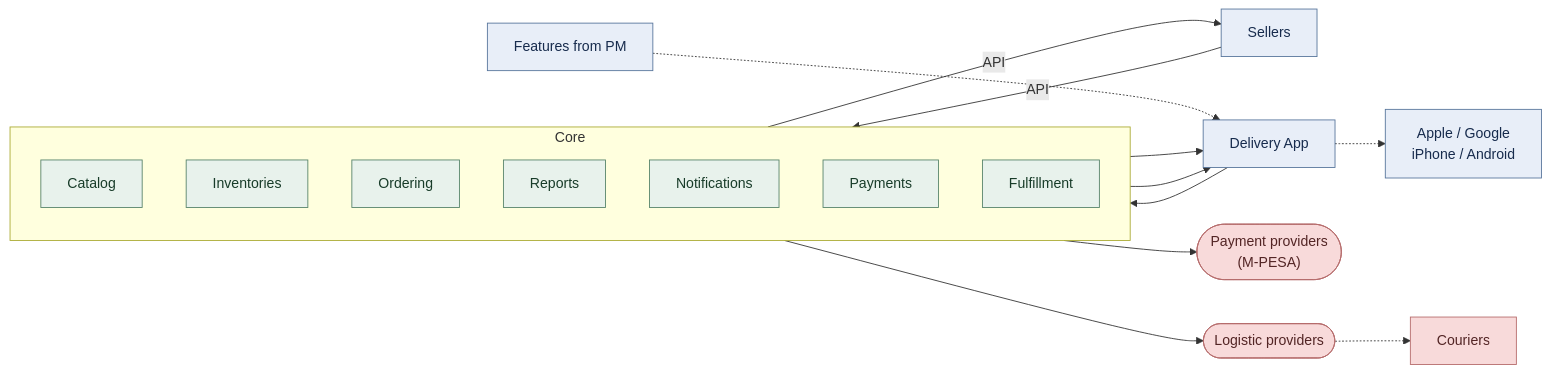
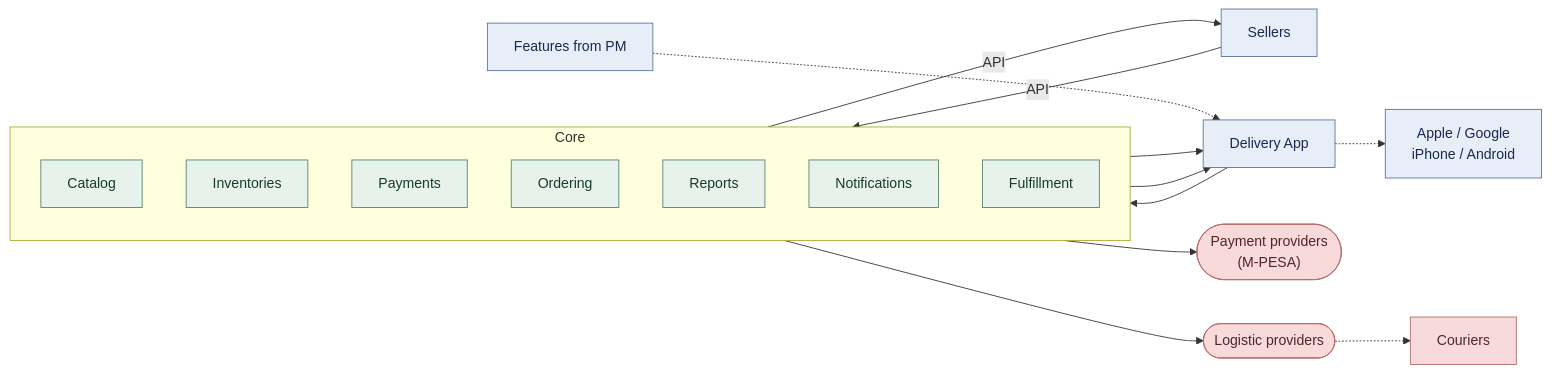
One commit to dvtar91/Africa_Delivery changed the diagram in input data/system-scheme.md. Above: the diagram before and after it, drawn with Mermaid.

````diff
--- a/input data/system-scheme.md
+++ b/input data/system-scheme.md
@@ -2,46 +2,47 @@
 ```mermaid
 flowchart LR
     Sellers["Sellers"]
 
     subgraph Core["Core"]
         direction TB
         Catalog["Catalog"]
         Inventories["Inventories"]
+        Payments["Payments"]
         Ordering["Ordering"]
         Reports["Reports"]
         Notifications["Notifications"]
-        Payments["Payments"]
+       
         Fulfillment["Fulfillment"]
     end
 
     DeliveryApp["Delivery App"]
 
     PaymentProviders(["Payment providers<br/>(M-PESA)"])
     LogisticProviders(["Logistic providers"])
 
     Sellers -->|"API"| Catalog
     Payments -->|"API"| Sellers
 
     Catalog --> DeliveryApp
     DeliveryApp --> Ordering
     Notifications --> DeliveryApp
 
     Payments --> PaymentProviders
     Fulfillment --> LogisticProviders
 
     Platforms["Apple / Google<br/>iPhone / Android"]
     Features["Features from PM"]
     Couriers["Couriers"]
 
     DeliveryApp -.-> Platforms
     Features -.-> DeliveryApp
     LogisticProviders -.-> Couriers
 
     classDef external fill:#e8eef8,stroke:#57759b,color:#172b4d
     classDef core fill:#e8f2ec,stroke:#56836a,color:#183c29
     classDef provider fill:#f8dada,stroke:#b66b6b,color:#532525
 
     class Sellers,DeliveryApp,Platforms,Features external
     class Catalog,Inventories,Ordering,Reports,Notifications,Payments,Fulfillment core
     class PaymentProviders,LogisticProviders,Couriers provider
 ```
````
